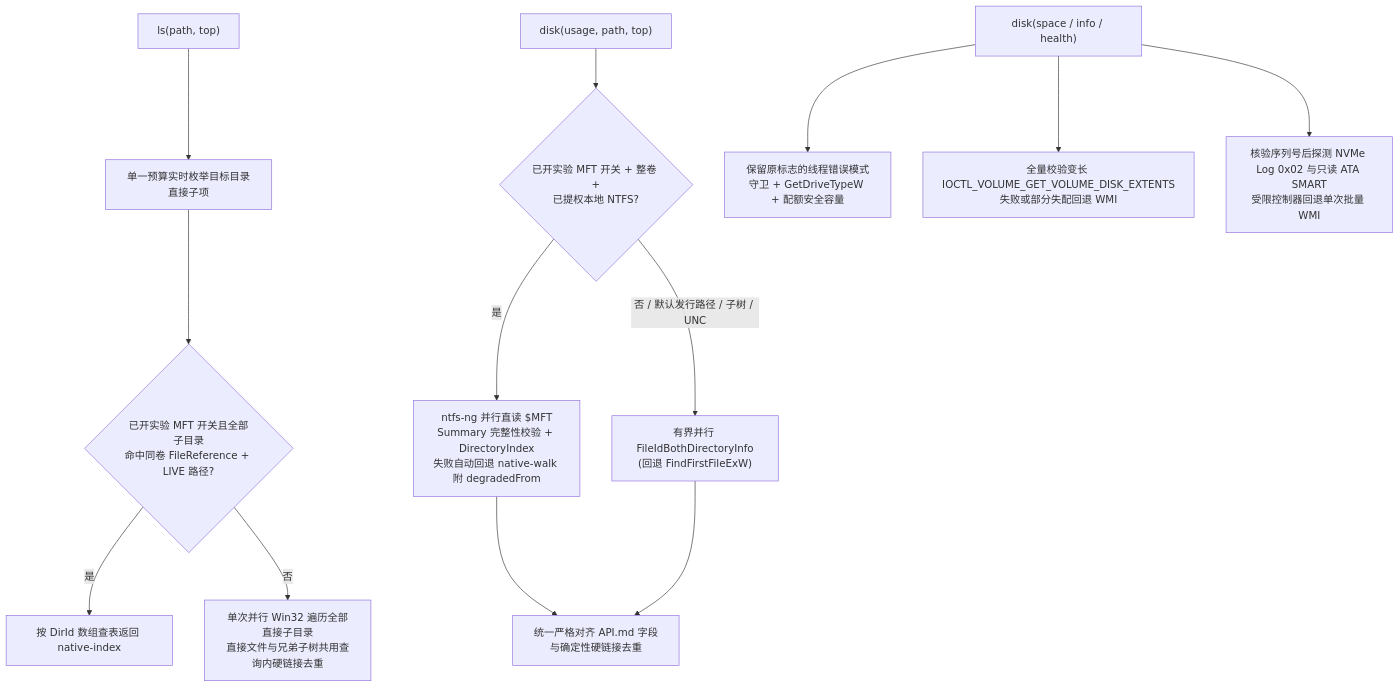
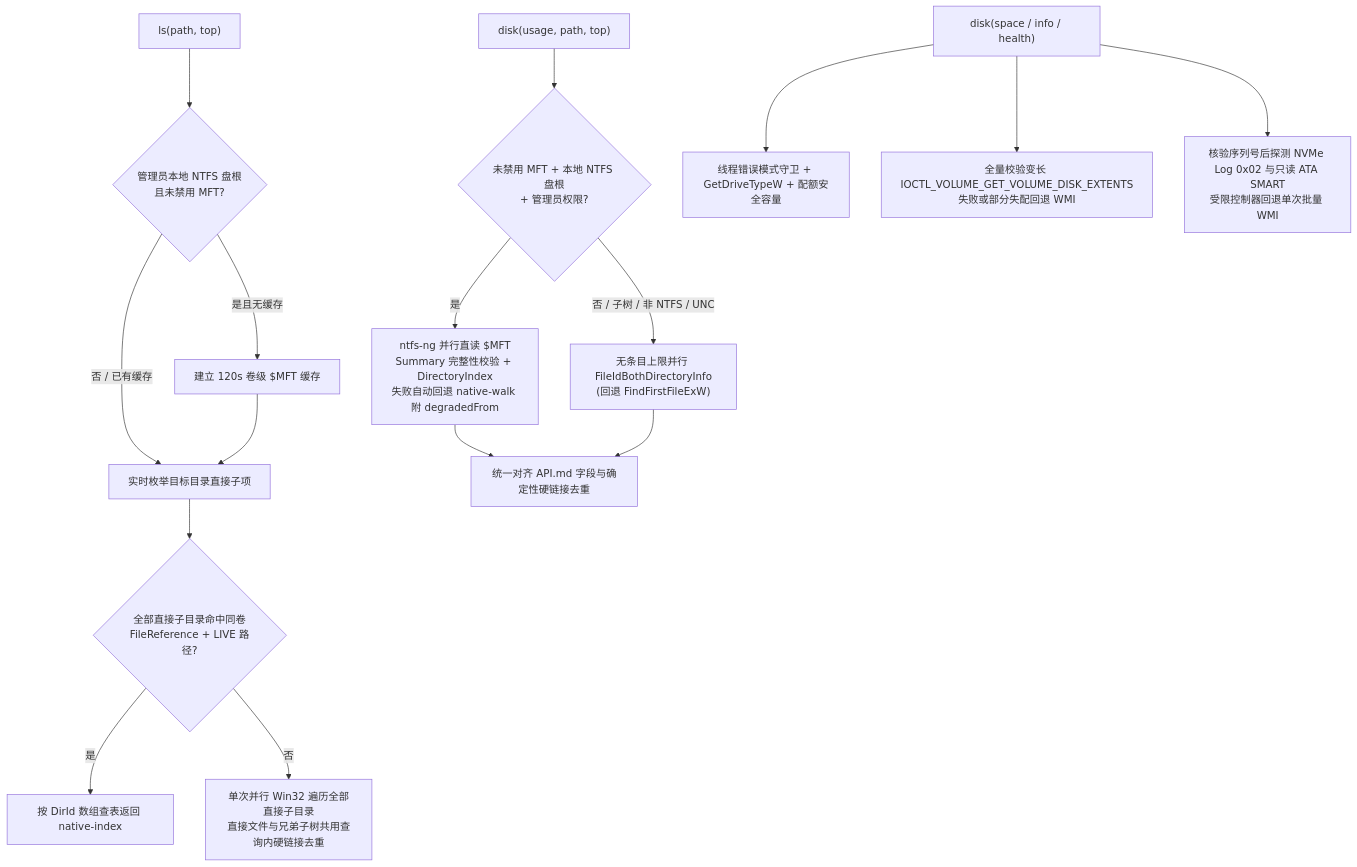
Before and after one commit to SCAU-Computer-Serving-Team/cst-pilot: the first of 2 diagrams in doc/rust/plan/9.3.optimization.md, drawn with Mermaid. The commit also changed other lines of this file and 44 other files, not shown here.

````diff
--- a/doc/rust/plan/9.3.optimization.md
+++ b/doc/rust/plan/9.3.optimization.md
@@ -30,17 +30,20 @@
 ```mermaid
 flowchart TD
-    LS["ls(path, top)"] --> LiveDir["单一预算实时枚举目标目录直接子项"]
-    LiveDir --> CacheHit{"已开实验 MFT 开关且全部子目录<br/>命中同卷 FileReference + LIVE 路径?"}
+    LS["ls(path, top)"] --> RootWarm{"管理员本地 NTFS 盘根<br/>且未禁用 MFT?"}
+    RootWarm -- "是且无缓存" --> WarmScan["建立 120s 卷级 $MFT 缓存"]
+    RootWarm -- "否 / 已有缓存" --> LiveDir["实时枚举目标目录直接子项"]
+    WarmScan --> LiveDir
+    LiveDir --> CacheHit{"全部直接子目录命中同卷<br/>FileReference + LIVE 路径?"}
     CacheHit -- "是" --> Fill["按 DirId 数组查表返回 native-index"]
     CacheHit -- "否" --> ParWalkLS["单次并行 Win32 遍历全部直接子目录<br/>直接文件与兄弟子树共用查询内硬链接去重"]
 
-    Usage["disk(usage, path, top)"] --> ScopeCheck{"已开实验 MFT 开关 + 整卷 +<br/>已提权本地 NTFS?"}
+    Usage["disk(usage, path, top)"] --> ScopeCheck{"未禁用 MFT + 本地 NTFS 盘根<br/>+ 管理员权限?"}
     ScopeCheck -- "是" --> MFT["ntfs-ng 并行直读 $MFT<br/>Summary 完整性校验 + DirectoryIndex<br/>失败自动回退 native-walk 附 degradedFrom"]
-    ScopeCheck -- "否 / 默认发行路径 / 子树 / UNC" --> ParWalk["有界并行 FileIdBothDirectoryInfo<br/>(回退 FindFirstFileExW)"]
-    MFT --> Agg["统一严格对齐 API.md 字段与确定性硬链接去重"]
+    ScopeCheck -- "否 / 子树 / 非 NTFS / UNC" --> ParWalk["无条目上限并行 FileIdBothDirectoryInfo<br/>(回退 FindFirstFileExW)"]
+    MFT --> Agg["统一对齐 API.md 字段与确定性硬链接去重"]
     ParWalk --> Agg
 
-    DiskMeta["disk(space / info / health)"] --> Space["保留原标志的线程错误模式守卫 + GetDriveTypeW + 配额安全容量"]
+    DiskMeta["disk(space / info / health)"] --> Space["线程错误模式守卫 + GetDriveTypeW + 配额安全容量"]
     DiskMeta --> Map["全量校验变长 IOCTL_VOLUME_GET_VOLUME_DISK_EXTENTS<br/>失败或部分失配回退 WMI"]
     DiskMeta --> Health["核验序列号后探测 NVMe Log 0x02 与只读 ATA SMART<br/>受限控制器回退单次批量 WMI"]
 ```
````
